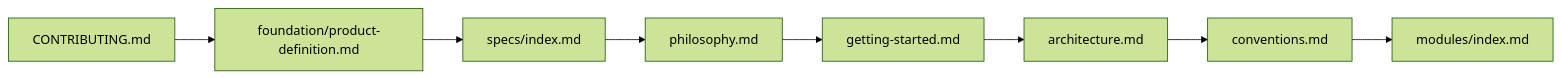
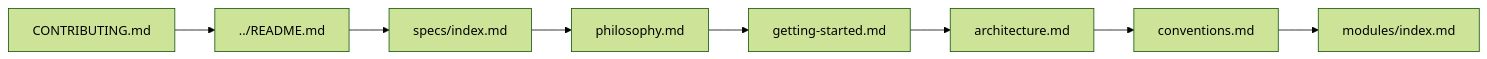
One commit to reasvyn/internara changed the first of 3 diagrams in docs/index.md. Above: the diagram before and after it, drawn with Mermaid (forest theme). The commit also changed other lines of this file and 47 other files, not shown here.

````diff
--- a/docs/index.md
+++ b/docs/index.md
@@ -142,10 +142,10 @@
 ```mermaid
 flowchart LR
-    A[CONTRIBUTING.md] --> B[foundation/product-definition.md]
+    A[CONTRIBUTING.md] --> B[../README.md]
     B --> C[specs/index.md]
     C --> D[philosophy.md]
     D --> E[getting-started.md]
     E --> F[architecture.md]
     F --> G[conventions.md]
     G --> H[modules/index.md]
 ```
````
